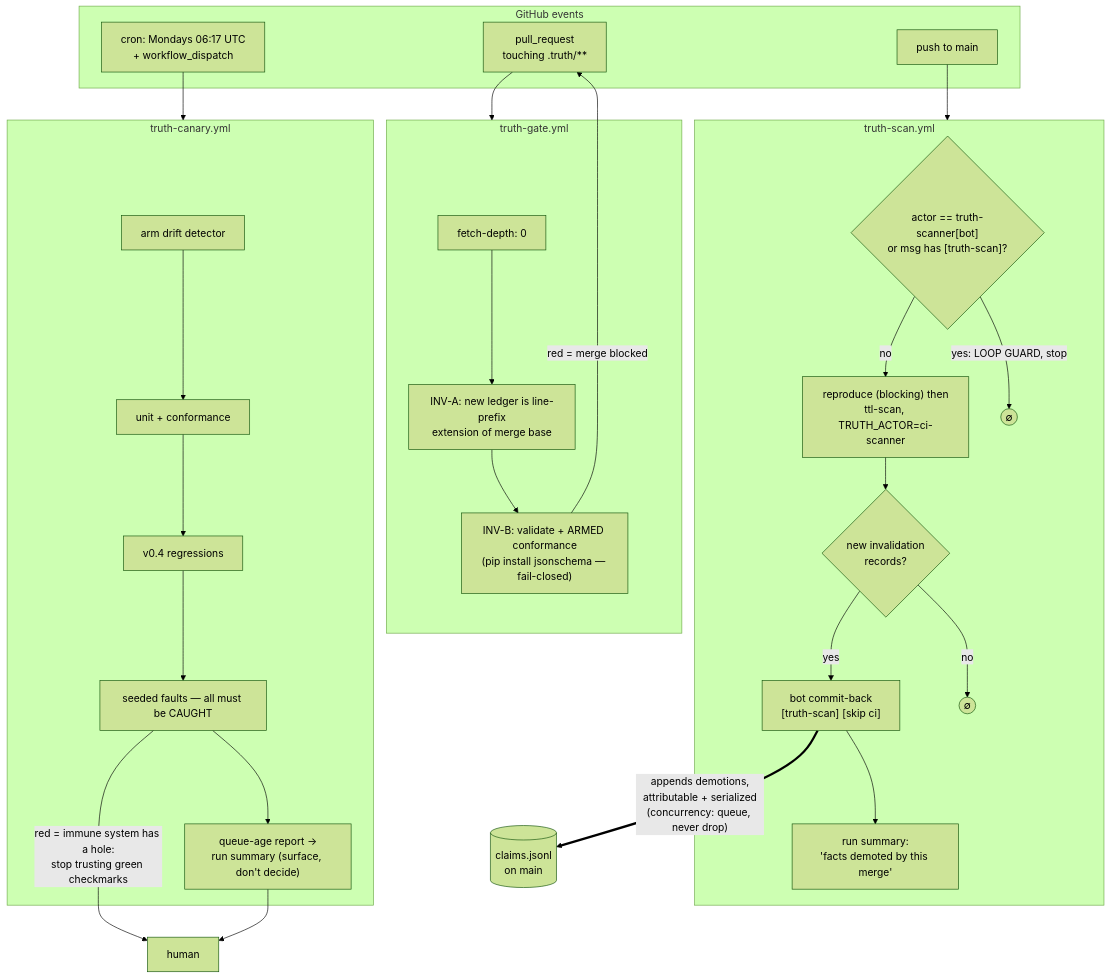
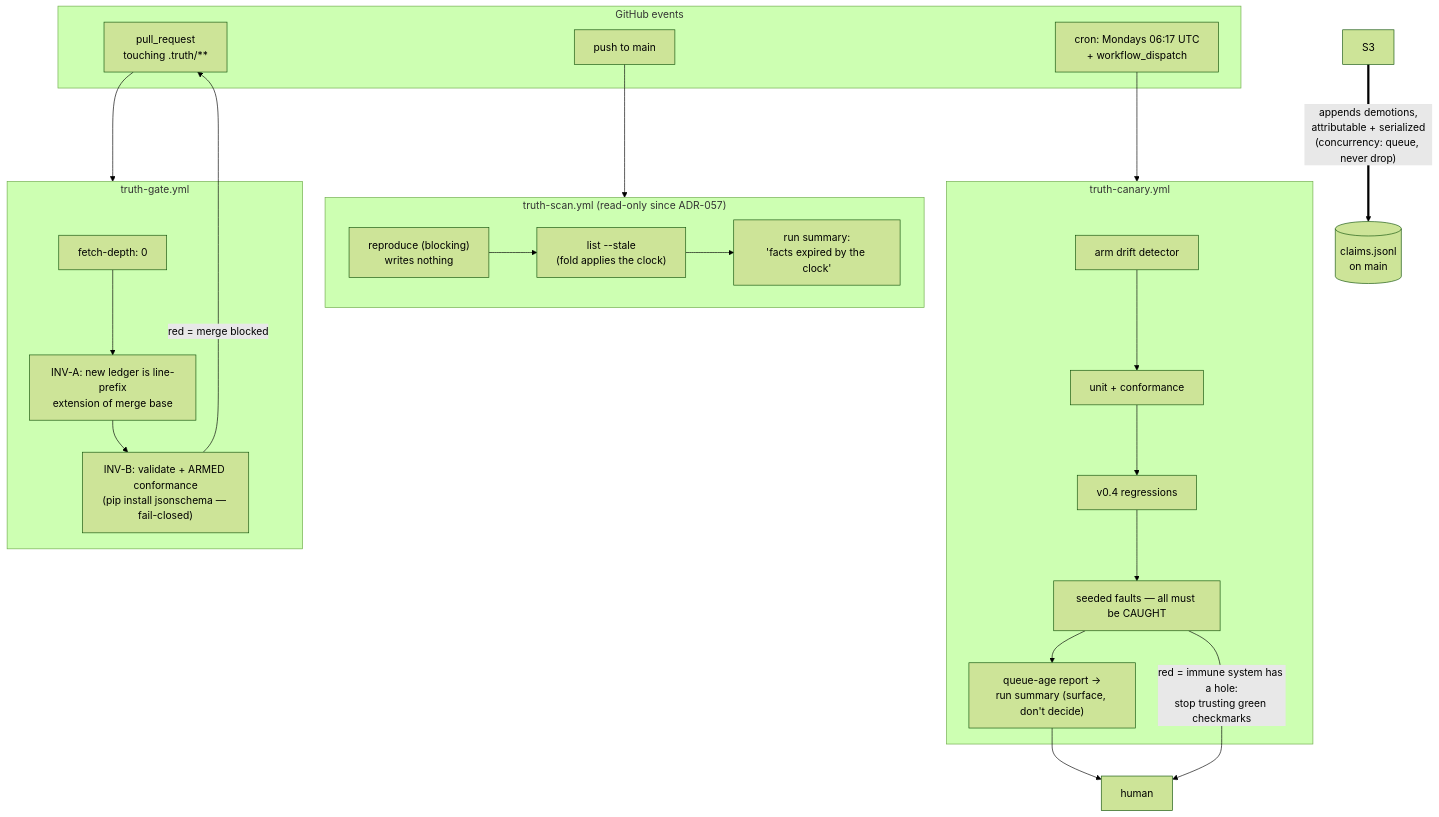
The third of 4 diagrams in docs/truth-ledger-operations-guide.md (m1981/truth-ledger), drawn with Mermaid (forest theme) before and after one commit. The commit also changed other lines of this file and 22 other files, not shown here.

````diff
--- a/docs/truth-ledger-operations-guide.md
+++ b/docs/truth-ledger-operations-guide.md
@@ -236,46 +236,41 @@
 ```mermaid
 flowchart TB
     subgraph events["GitHub events"]
         PR["pull_request<br/>touching .truth/**"]
         PUSH["push to main"]
         SCHED["cron: Mondays 06:17 UTC<br/>+ workflow_dispatch"]
     end
 
     subgraph gate["truth-gate.yml"]
         G1["fetch-depth: 0"]
         G2["INV-A: new ledger is line-prefix<br/>extension of merge base"]
         G3["INV-B: validate + ARMED conformance<br/>(pip install jsonschema — fail-closed)"]
         G1 --> G2 --> G3
     end
 
-    subgraph scan["truth-scan.yml"]
-        S0{"actor == truth-scanner[bot]<br/>or msg has [truth-scan]?"}
-        S1["reproduce (blocking) then<br/>ttl-scan, TRUTH_ACTOR=ci-scanner"]
-        S2{"new invalidation<br/>records?"}
-        S3["bot commit-back<br/>[truth-scan] [skip ci]"]
-        S4["run summary:<br/>'facts demoted by this merge'"]
-        S0 -- "yes: LOOP GUARD, stop" --> X1(("∅"))
-        S0 -- no --> S1 --> S2
-        S2 -- yes --> S3 --> S4
-        S2 -- no --> X2(("∅"))
+    subgraph scan["truth-scan.yml (read-only since ADR-057)"]
+        S1["reproduce (blocking)<br/>writes nothing"]
+        S2["list --stale<br/>(fold applies the clock)"]
+        S4["run summary:<br/>'facts expired by the clock'"]
+        S1 --> S2 --> S4
     end
 
     subgraph canary["truth-canary.yml"]
         C1["arm drift detector"]
         C2["unit + conformance"]
         C3["v0.4 regressions"]
         C4["seeded faults — all must be CAUGHT"]
         C5["queue-age report →<br/>run summary (surface, don't decide)"]
         C1 --> C2 --> C3 --> C4 --> C5
     end
 
     L[("claims.jsonl<br/>on main")]
 
     PR --> gate
     PUSH --> scan
     SCHED --> canary
     G3 -- "red = merge blocked" --> PR
     S3 ==>|"appends demotions,<br/>attributable + serialized<br/>(concurrency: queue, never drop)"| L
     C4 -- "red = immune system has a hole:<br/>stop trusting green checkmarks" --> HU2["human"]
     C5 --> HU2
 ```
````
